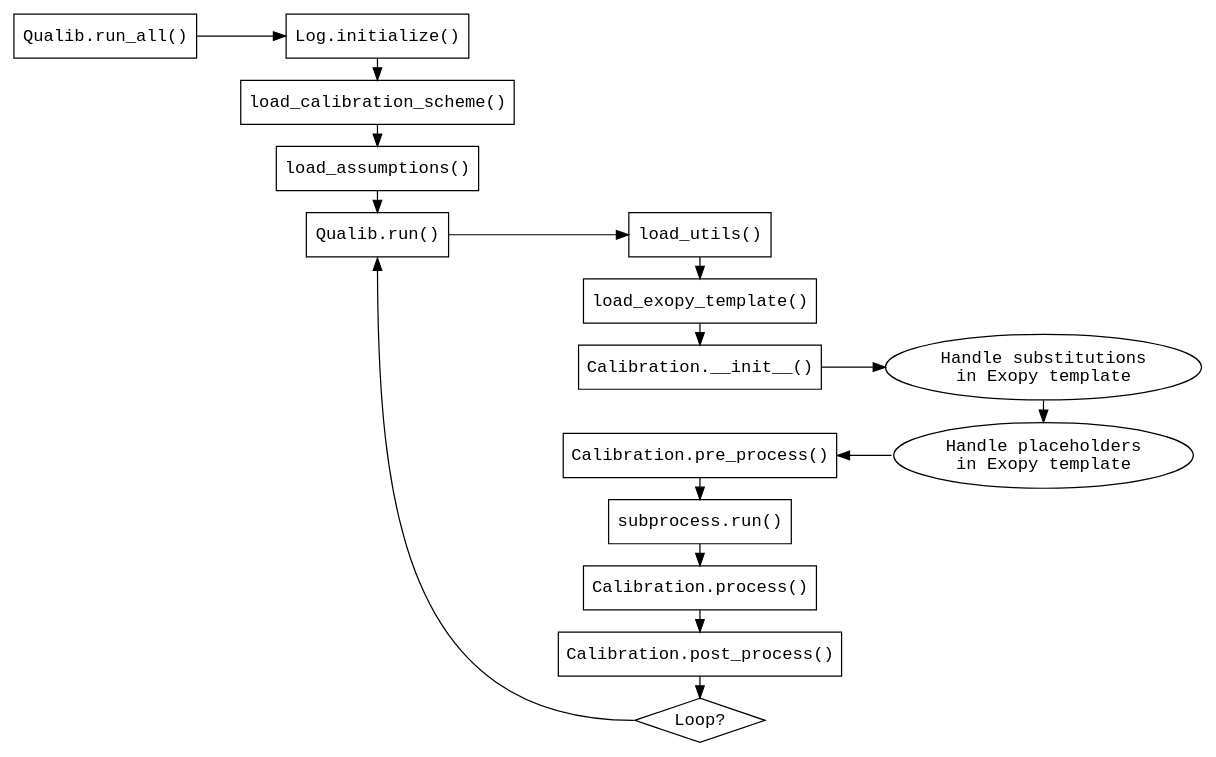
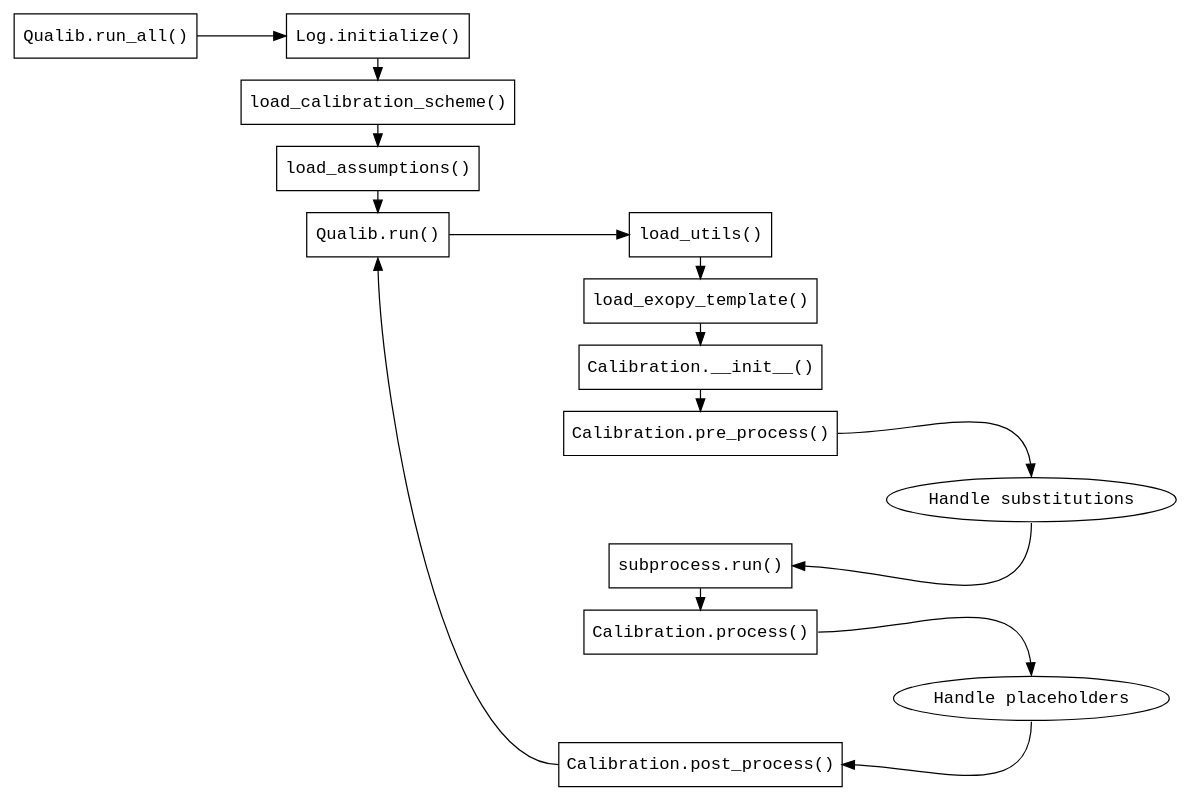
Before and after one commit to bastienvoirin/qualib: the diagram in docs/reference.rst, drawn with Graphviz. The commit also changed other lines of this file and 10 other files, not shown here.

```diff
--- a/docs/reference.rst
+++ b/docs/reference.rst
@@ -103,27 +103,29 @@
             pre_process [
                 label = "Calibration.pre_process()";
             ];
+            invis_1 [
+                style = invis;
+            ];
             subprocess [
                 label = "subprocess.run()";
             ];
             calib_process [
                 label = "Calibration.process()";
             ];
+            invis_2 [
+                style = invis;
+            ];
             post_process [
                 label = "Calibration.post_process()";
             ];
-            loop [
-                label = "Loop?";
-                shape = diamond;
-            ];
         }
         subgraph level_3 {
-            calib_init_substitutions [
-                label = "Handle substitutions\nin Exopy template";
+            calib_substitutions [
+                label = "Handle substitutions";
                 shape = oval;
             ];
-            calib_init_placeholders [
-                label = "Handle placeholders\nin Exopy template";
+            calib_placeholders [
+                label = "Handle placeholders";
                 shape = oval;
             ];
         }
@@ -134,12 +136,15 @@
         run -> load_utils;
         load_utils -> load_exopy_template;
         load_exopy_template -> calibration;
-        calibration -> calib_init_substitutions;
-        calib_init_substitutions -> calib_init_placeholders;
-        calib_init_placeholders:w -> pre_process:e;
-        pre_process -> subprocess;
+        calibration -> pre_process;
+        pre_process:e -> calib_substitutions:n;
+        calib_substitutions:s -> subprocess:e;
         subprocess -> calib_process;
-        calib_process -> post_process;
-        post_process -> loop;
-        loop:w -> run:s [constraint = false];
+        calib_process:e -> calib_placeholders:n;
+        calib_placeholders:s -> post_process:e;
+        post_process:w -> run:s [constraint = false];
+        pre_process -> invis_1 [style = invis];
+        invis_1 -> subprocess [style = invis];
+        calib_process -> invis_2 [style = invis];
+        invis_2 -> post_process [style = invis];
     }
```
